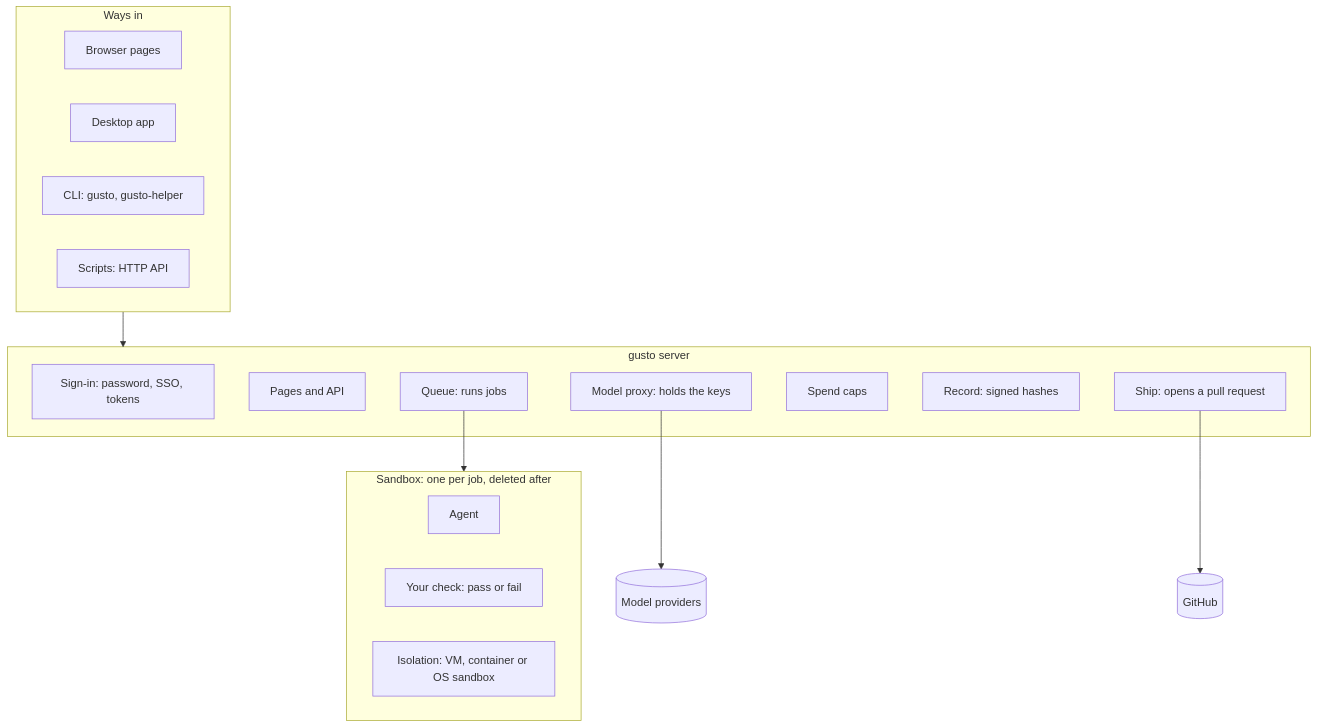
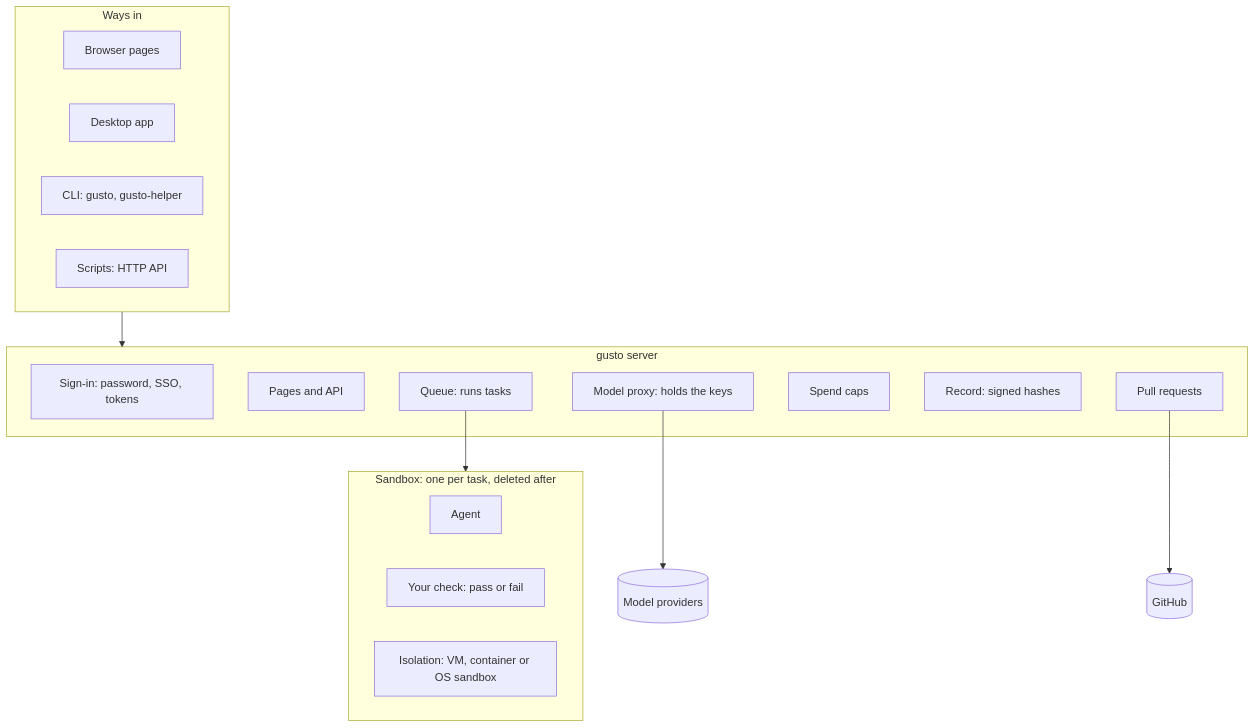
One commit to getlatentic/gusto changed the second of 4 diagrams in docs/ARCHITECTURE.md. Above: the diagram before and after it, drawn with Mermaid. The commit also changed other lines of this file, not shown here.

Commit message:
docs: architecture views, the concept map and one task, in plain terms

````diff
--- a/docs/ARCHITECTURE.md
+++ b/docs/ARCHITECTURE.md
@@ -7,29 +32,29 @@
 ```mermaid
 flowchart TB
   subgraph ways["Ways in"]
     B[Browser pages]
     D[Desktop app]
     C[CLI: gusto, gusto-helper]
     S[Scripts: HTTP API]
   end
   subgraph server["gusto server"]
     A[Sign-in: password, SSO, tokens]
     P[Pages and API]
-    Q[Queue: runs jobs]
+    Q[Queue: runs tasks]
     X[Model proxy: holds the keys]
     L[Spend caps]
     R[Record: signed hashes]
-    H[Ship: opens a pull request]
+    H[Pull requests]
   end
-  subgraph box["Sandbox: one per job, deleted after"]
+  subgraph box["Sandbox: one per task, deleted after"]
     G[Agent]
     K[Your check: pass or fail]
     I[Isolation: VM, container or OS sandbox]
   end
   M[(Model providers)]
   GH[(GitHub)]
   ways --> server
   Q --> box
   X --> M
   H --> GH
 ```
````
